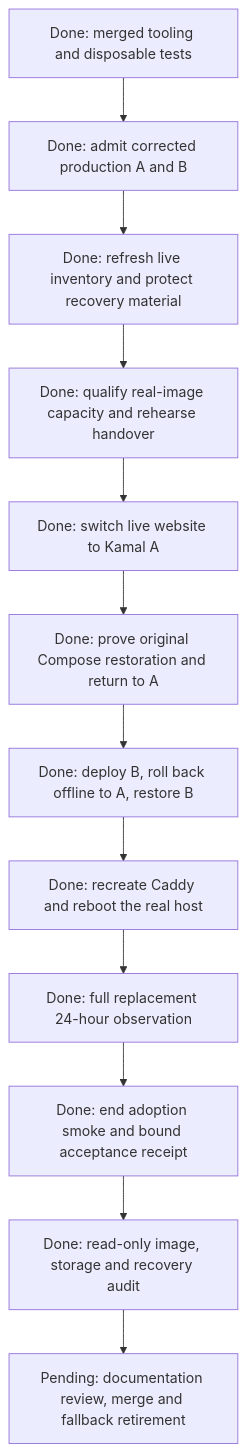
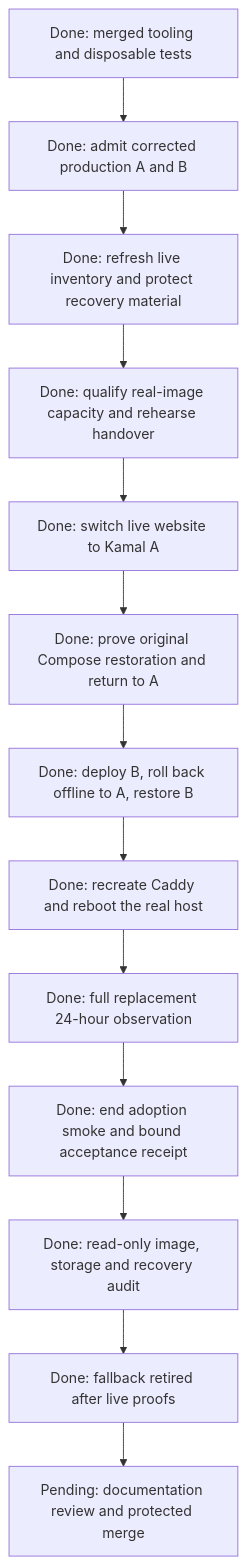
One commit to flidai/leapview changed the diagram in plan.md. Above: the diagram before and after it, drawn with Mermaid. The commit also changed other lines of this file and 5 other files, not shown here.

Commit message:
docs: record externally completed fallback retirement

````diff
--- a/plan.md
+++ b/plan.md
@@ -160,14 +163,15 @@
 ```mermaid
 flowchart TD
     A[Done: merged tooling and disposable tests] --> B[Done: admit corrected production A and B]
     B --> C[Done: refresh live inventory and protect recovery material]
     C --> D[Done: qualify real-image capacity and rehearse handover]
     D --> E[Done: switch live website to Kamal A]
     E --> F[Done: prove original Compose restoration and return to A]
     F --> G[Done: deploy B, roll back offline to A, restore B]
     G --> H[Done: recreate Caddy and reboot the real host]
     H --> I[Done: full replacement 24-hour observation]
     I --> J[Done: end adoption smoke and bound acceptance receipt]
     J --> K[Done: read-only image, storage and recovery audit]
-    K --> L[Pending: documentation review, merge and fallback retirement]
+    K --> L[Done: fallback retired after live proofs]
+    L --> M[Pending: documentation review and protected merge]
 ```
````
